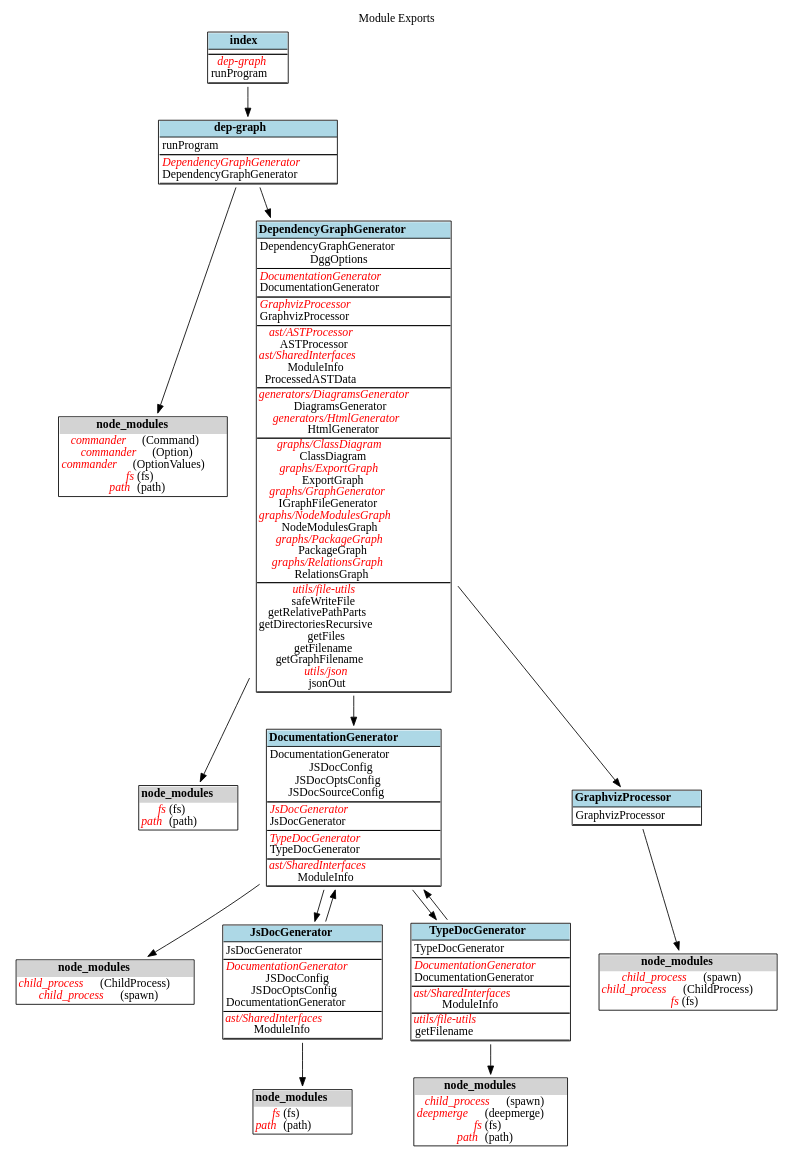
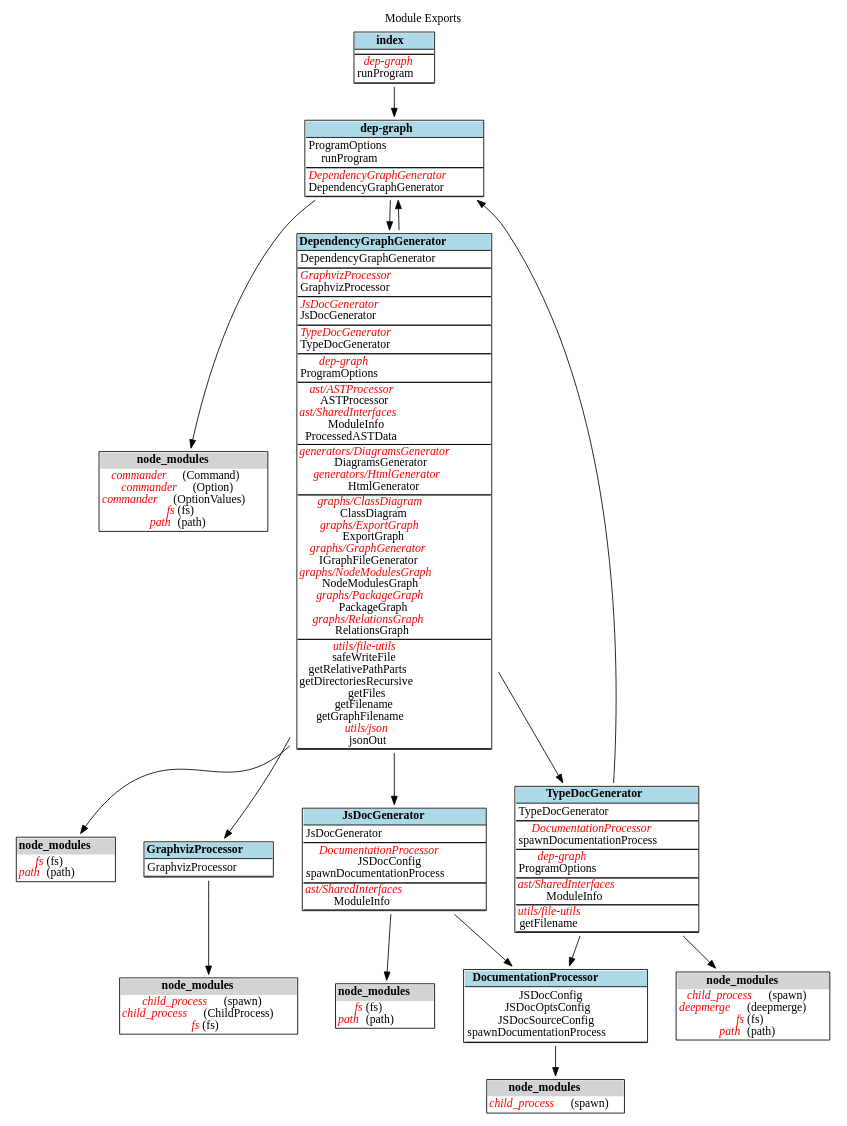
Before and after one commit to fleebe/GitHubPages: the diagram in dep-graph-ts/_ExportGraph.dot, drawn with Graphviz. The commit also changed 110 other files, not shown here.

Commit message:
Update docs for dep-graph-ts from fleebe/dep-graph-ts workflow

```diff
--- a/dep-graph-ts/_ExportGraph.dot
+++ b/dep-graph-ts/_ExportGraph.dot
@@ -1,198 +1,197 @@
 digraph {label=" Module Exports";
 labelloc="t";
 "dep-graph" [shape=none, label=<<TABLE cellspacing="0" cellborder="0" align="left">
-<TR><TD bgcolor="lightblue" align="center"><B>dep-graph</B></TD></TR>
+<TR><TD bgcolor="lightblue" HREF="docs/tsdocs/modules/_dep-graph_.html" TARGET="_blank" align="center"><B>dep-graph</B></TD></TR>
 <TR><TD BORDER="1" SIDES="TB" align="left">
+ProgramOptions<BR/>
 runProgram<BR/>
 </TD></TR>
 <TR><TD BORDER="1" SIDES="TB" align="left">
 <font color="red"><I>DependencyGraphGenerator</I></font><BR/>
 DependencyGraphGenerator<BR/>
 </TD></TR>
 </TABLE>>];
 "dep-graph-node_modules" [shape=none, label=<<TABLE cellspacing="0" cellborder="0" align="left">
 <TR><TD bgcolor="lightgrey" align="center"><B>node_modules</B></TD></TR>
 <TR><TD align="left">
 <font color="red"><I>commander</I></font> (Command)<BR/>
 <font color="red"><I>commander</I></font> (Option)<BR/>
 <font color="red"><I>commander</I></font> (OptionValues)<BR/>
 <font color="red"><I>fs</I></font> (fs)<BR/>
 <font color="red"><I>path</I></font> (path)<BR/>
 </TD></TR>
 </TABLE>>];
 "dep-graph"->"dep-graph-node_modules";
 "DependencyGraphGenerator" [shape=none, label=<<TABLE cellspacing="0" cellborder="0" align="left">
-<TR><TD bgcolor="lightblue" align="center"><B>DependencyGraphGenerator</B></TD></TR>
+<TR><TD bgcolor="lightblue" HREF="docs/tsdocs/modules/_DependencyGraphGenerator_.html" TARGET="_blank" align="center"><B>DependencyGraphGenerator</B></TD></TR>
 <TR><TD BORDER="1" SIDES="TB" align="left">
 DependencyGraphGenerator<BR/>
-DggOptions<BR/>
-</TD></TR>
-<TR><TD BORDER="1" SIDES="TB" align="left">
-<font color="red"><I>DocumentationGenerator</I></font><BR/>
-DocumentationGenerator<BR/>
 </TD></TR>
 <TR><TD BORDER="1" SIDES="TB" align="left">
 <font color="red"><I>GraphvizProcessor</I></font><BR/>
 GraphvizProcessor<BR/>
+</TD></TR>
+<TR><TD BORDER="1" SIDES="TB" align="left">
+<font color="red"><I>JsDocGenerator</I></font><BR/>
+JsDocGenerator<BR/>
+</TD></TR>
+<TR><TD BORDER="1" SIDES="TB" align="left">
+<font color="red"><I>TypeDocGenerator</I></font><BR/>
+TypeDocGenerator<BR/>
+</TD></TR>
+<TR><TD BORDER="1" SIDES="TB" align="left">
+<font color="red"><I>dep-graph</I></font><BR/>
+ProgramOptions<BR/>
 </TD></TR>
 <TR><TD BORDER="1" SIDES="TB" cellpadding="1" align="left">
 <font color="red"><I>ast/ASTProcessor</I></font><BR/>
 ASTProcessor<BR/>
 <font color="red"><I>ast/SharedInterfaces</I></font><BR/>
 ModuleInfo<BR/>
 ProcessedASTData<BR/>
 </TD></TR>
 <TR><TD BORDER="1" SIDES="TB" cellpadding="1" align="left">
 <font color="red"><I>generators/DiagramsGenerator</I></font><BR/>
 DiagramsGenerator<BR/>
 <font color="red"><I>generators/HtmlGenerator</I></font><BR/>
 HtmlGenerator<BR/>
 </TD></TR>
 <TR><TD BORDER="1" SIDES="TB" cellpadding="1" align="left">
 <font color="red"><I>graphs/ClassDiagram</I></font><BR/>
 ClassDiagram<BR/>
 <font color="red"><I>graphs/ExportGraph</I></font><BR/>
 ExportGraph<BR/>
 <font color="red"><I>graphs/GraphGenerator</I></font><BR/>
 IGraphFileGenerator<BR/>
 <font color="red"><I>graphs/NodeModulesGraph</I></font><BR/>
 NodeModulesGraph<BR/>
 <font color="red"><I>graphs/PackageGraph</I></font><BR/>
 PackageGraph<BR/>
 <font color="red"><I>graphs/RelationsGraph</I></font><BR/>
 RelationsGraph<BR/>
 </TD></TR>
 <TR><TD BORDER="1" SIDES="TB" cellpadding="1" align="left">
 <font color="red"><I>utils/file-utils</I></font><BR/>
 safeWriteFile<BR/>
 getRelativePathParts<BR/>
 getDirectoriesRecursive<BR/>
 getFiles<BR/>
 getFilename<BR/>
 getGraphFilename<BR/>
 <font color="red"><I>utils/json</I></font><BR/>
 jsonOut<BR/>
 </TD></TR>
 </TABLE>>];
 "DependencyGraphGenerator-node_modules" [shape=none, label=<<TABLE cellspacing="0" cellborder="0" align="left">
 <TR><TD bgcolor="lightgrey" align="center"><B>node_modules</B></TD></TR>
 <TR><TD align="left">
 <font color="red"><I>fs</I></font> (fs)<BR/>
 <font color="red"><I>path</I></font> (path)<BR/>
 </TD></TR>
 </TABLE>>];
 "DependencyGraphGenerator"->"DependencyGraphGenerator-node_modules";
-"DocumentationGenerator" [shape=none, label=<<TABLE cellspacing="0" cellborder="0" align="left">
-<TR><TD bgcolor="lightblue" align="center"><B>DocumentationGenerator</B></TD></TR>
+"DocumentationProcessor" [shape=none, label=<<TABLE cellspacing="0" cellborder="0" align="left">
+<TR><TD bgcolor="lightblue" HREF="docs/tsdocs/modules/_DocumentationProcessor_.html" TARGET="_blank" align="center"><B>DocumentationProcessor</B></TD></TR>
 <TR><TD BORDER="1" SIDES="TB" align="left">
-DocumentationGenerator<BR/>
 JSDocConfig<BR/>
 JSDocOptsConfig<BR/>
 JSDocSourceConfig<BR/>
-</TD></TR>
-<TR><TD BORDER="1" SIDES="TB" align="left">
-<font color="red"><I>JsDocGenerator</I></font><BR/>
-JsDocGenerator<BR/>
-</TD></TR>
-<TR><TD BORDER="1" SIDES="TB" align="left">
-<font color="red"><I>TypeDocGenerator</I></font><BR/>
-TypeDocGenerator<BR/>
-</TD></TR>
-<TR><TD BORDER="1" SIDES="TB" cellpadding="1" align="left">
-<font color="red"><I>ast/SharedInterfaces</I></font><BR/>
-ModuleInfo<BR/>
+spawnDocumentationProcess<BR/>
 </TD></TR>
 </TABLE>>];
-"DocumentationGenerator-node_modules" [shape=none, label=<<TABLE cellspacing="0" cellborder="0" align="left">
+"DocumentationProcessor-node_modules" [shape=none, label=<<TABLE cellspacing="0" cellborder="0" align="left">
 <TR><TD bgcolor="lightgrey" align="center"><B>node_modules</B></TD></TR>
 <TR><TD align="left">
-<font color="red"><I>child_process</I></font> (ChildProcess)<BR/>
 <font color="red"><I>child_process</I></font> (spawn)<BR/>
 </TD></TR>
 </TABLE>>];
-"DocumentationGenerator"->"DocumentationGenerator-node_modules";
+"DocumentationProcessor"->"DocumentationProcessor-node_modules";
 "GraphvizProcessor" [shape=none, label=<<TABLE cellspacing="0" cellborder="0" align="left">
-<TR><TD bgcolor="lightblue" align="center"><B>GraphvizProcessor</B></TD></TR>
+<TR><TD bgcolor="lightblue" HREF="docs/tsdocs/modules/_GraphvizProcessor_.html" TARGET="_blank" align="center"><B>GraphvizProcessor</B></TD></TR>
 <TR><TD BORDER="1" SIDES="TB" align="left">
 GraphvizProcessor<BR/>
 </TD></TR>
 </TABLE>>];
 "GraphvizProcessor-node_modules" [shape=none, label=<<TABLE cellspacing="0" cellborder="0" align="left">
 <TR><TD bgcolor="lightgrey" align="center"><B>node_modules</B></TD></TR>
 <TR><TD align="left">
 <font color="red"><I>child_process</I></font> (spawn)<BR/>
 <font color="red"><I>child_process</I></font> (ChildProcess)<BR/>
 <font color="red"><I>fs</I></font> (fs)<BR/>
 </TD></TR>
 </TABLE>>];
 "GraphvizProcessor"->"GraphvizProcessor-node_modules";
 "index" [shape=none, label=<<TABLE cellspacing="0" cellborder="0" align="left">
-<TR><TD bgcolor="lightblue" align="center"><B>index</B></TD></TR>
+<TR><TD bgcolor="lightblue" HREF="docs/tsdocs/modules/_index_.html" TARGET="_blank" align="center"><B>index</B></TD></TR>
 <TR><TD BORDER="1" SIDES="TB" align="left">
 </TD></TR>
 <TR><TD BORDER="1" SIDES="TB" align="left">
 <font color="red"><I>dep-graph</I></font><BR/>
 runProgram<BR/>
 </TD></TR>
 </TABLE>>];
 "JsDocGenerator" [shape=none, label=<<TABLE cellspacing="0" cellborder="0" align="left">
-<TR><TD bgcolor="lightblue" align="center"><B>JsDocGenerator</B></TD></TR>
+<TR><TD bgcolor="lightblue" HREF="docs/tsdocs/modules/_JsDocGenerator_.html" TARGET="_blank" align="center"><B>JsDocGenerator</B></TD></TR>
 <TR><TD BORDER="1" SIDES="TB" align="left">
 JsDocGenerator<BR/>
 </TD></TR>
 <TR><TD BORDER="1" SIDES="TB" align="left">
-<font color="red"><I>DocumentationGenerator</I></font><BR/>
+<font color="red"><I>DocumentationProcessor</I></font><BR/>
 JSDocConfig<BR/>
-JSDocOptsConfig<BR/>
-DocumentationGenerator<BR/>
+spawnDocumentationProcess<BR/>
 </TD></TR>
 <TR><TD BORDER="1" SIDES="TB" cellpadding="1" align="left">
 <font color="red"><I>ast/SharedInterfaces</I></font><BR/>
 ModuleInfo<BR/>
 </TD></TR>
 </TABLE>>];
 "JsDocGenerator-node_modules" [shape=none, label=<<TABLE cellspacing="0" cellborder="0" align="left">
 <TR><TD bgcolor="lightgrey" align="center"><B>node_modules</B></TD></TR>
 <TR><TD align="left">
 <font color="red"><I>fs</I></font> (fs)<BR/>
 <font color="red"><I>path</I></font> (path)<BR/>
 </TD></TR>
 </TABLE>>];
 "JsDocGenerator"->"JsDocGenerator-node_modules";
 "TypeDocGenerator" [shape=none, label=<<TABLE cellspacing="0" cellborder="0" align="left">
-<TR><TD bgcolor="lightblue" align="center"><B>TypeDocGenerator</B></TD></TR>
+<TR><TD bgcolor="lightblue" HREF="docs/tsdocs/modules/_TypeDocGenerator_.html" TARGET="_blank" align="center"><B>TypeDocGenerator</B></TD></TR>
 <TR><TD BORDER="1" SIDES="TB" align="left">
 TypeDocGenerator<BR/>
 </TD></TR>
 <TR><TD BORDER="1" SIDES="TB" align="left">
-<font color="red"><I>DocumentationGenerator</I></font><BR/>
-DocumentationGenerator<BR/>
+<font color="red"><I>DocumentationProcessor</I></font><BR/>
+spawnDocumentationProcess<BR/>
+</TD></TR>
+<TR><TD BORDER="1" SIDES="TB" align="left">
+<font color="red"><I>dep-graph</I></font><BR/>
+ProgramOptions<BR/>
 </TD></TR>
 <TR><TD BORDER="1" SIDES="TB" cellpadding="1" align="left">
 <font color="red"><I>ast/SharedInterfaces</I></font><BR/>
 ModuleInfo<BR/>
 </TD></TR>
 <TR><TD BORDER="1" SIDES="TB" cellpadding="1" align="left">
 <font color="red"><I>utils/file-utils</I></font><BR/>
 getFilename<BR/>
 </TD></TR>
 </TABLE>>];
 "TypeDocGenerator-node_modules" [shape=none, label=<<TABLE cellspacing="0" cellborder="0" align="left">
 <TR><TD bgcolor="lightgrey" align="center"><B>node_modules</B></TD></TR>
 <TR><TD align="left">
 <font color="red"><I>child_process</I></font> (spawn)<BR/>
 <font color="red"><I>deepmerge</I></font> (deepmerge)<BR/>
 <font color="red"><I>fs</I></font> (fs)<BR/>
 <font color="red"><I>path</I></font> (path)<BR/>
 </TD></TR>
 </TABLE>>];
 "TypeDocGenerator"->"TypeDocGenerator-node_modules";
 "dep-graph"->"DependencyGraphGenerator";
-"DependencyGraphGenerator"->"DocumentationGenerator";
+"DependencyGraphGenerator"->"dep-graph";
 "DependencyGraphGenerator"->"GraphvizProcessor";
-"DocumentationGenerator"->"JsDocGenerator";
-"DocumentationGenerator"->"TypeDocGenerator";
+"DependencyGraphGenerator"->"JsDocGenerator";
+"DependencyGraphGenerator"->"TypeDocGenerator";
 "index"->"dep-graph";
-"JsDocGenerator"->"DocumentationGenerator";
-"TypeDocGenerator"->"DocumentationGenerator";
+"JsDocGenerator"->"DocumentationProcessor";
+"TypeDocGenerator"->"dep-graph";
+"TypeDocGenerator"->"DocumentationProcessor";
 }
```
